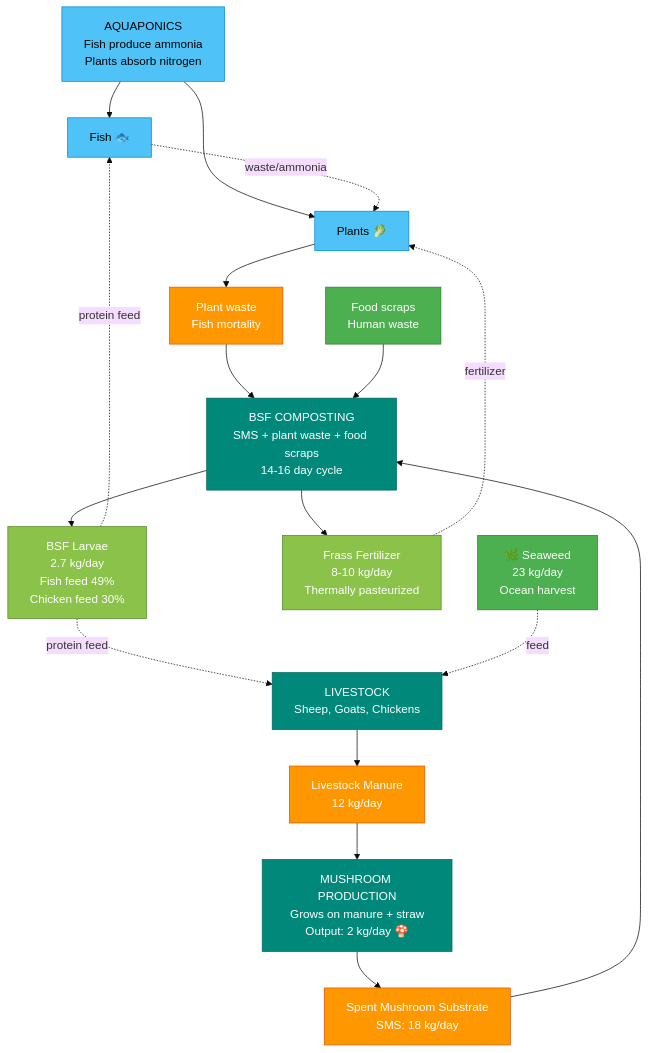
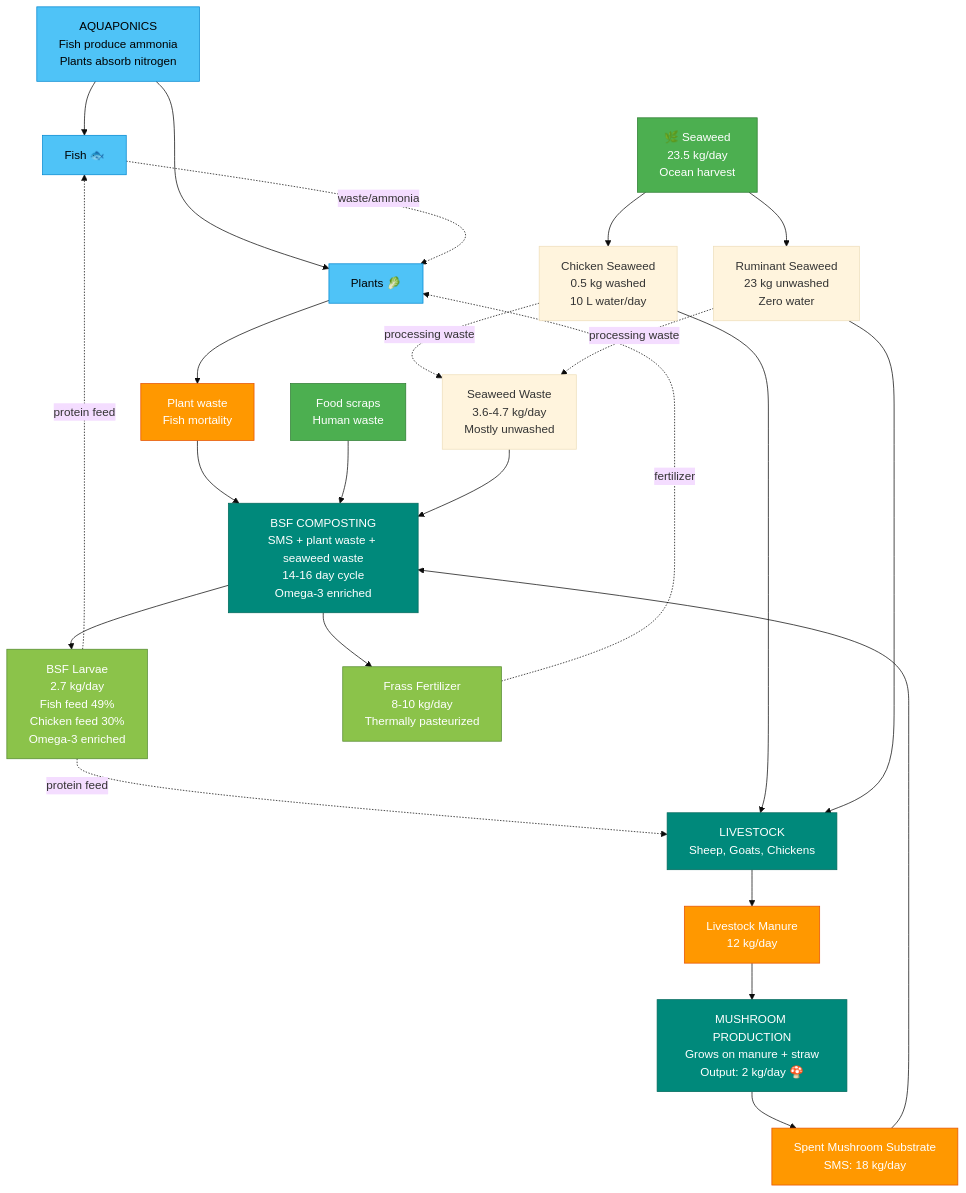
The sixth of 8 diagrams in research/homestead-system-flowchart.md (wadekaple/terraform), drawn with Mermaid before and after one commit. The commit also changed other lines of this file and 6 other files, not shown here.

First line of the commit message:
Adding seaweed to BSF substrate

````diff
--- a/research/homestead-system-flowchart.md
+++ b/research/homestead-system-flowchart.md
@@ -367,69 +374,80 @@
 ```mermaid
 %%{init: {'theme':'base', 'flowchart': {'curve':'basis'}}}%%
 graph TB
     %% Aquaponics
     AQUA[AQUAPONICS<br/>Fish produce ammonia<br/>Plants absorb nitrogen]
     FISH[Fish 🐟]
     PLANTS[Plants 🥬]
 
     %% Waste streams
     PLANT_WASTE[Plant waste<br/>Fish mortality]
     LIVESTOCK[LIVESTOCK<br/>Sheep, Goats, Chickens]
     MANURE[Livestock Manure<br/>12 kg/day]
 
     %% Mushroom production
     MUSHROOM[MUSHROOM PRODUCTION<br/>Grows on manure + straw<br/>Output: 2 kg/day 🍄]
     SMS[Spent Mushroom Substrate<br/>SMS: 18 kg/day]
 
     %% BSF composting
-    BSF[BSF COMPOSTING<br/>SMS + plant waste + food scraps<br/>14-16 day cycle]
-    LARVAE[BSF Larvae<br/>2.7 kg/day<br/>Fish feed 49%<br/>Chicken feed 30%]
+    BSF[BSF COMPOSTING<br/>SMS + plant waste + seaweed waste<br/>14-16 day cycle<br/>Omega-3 enriched]
+    LARVAE[BSF Larvae<br/>2.7 kg/day<br/>Fish feed 49%<br/>Chicken feed 30%<br/>Omega-3 enriched]
     FRASS[Frass Fertilizer<br/>8-10 kg/day<br/>Thermally pasteurized]
 
-    %% External inputs
-    SEAWEED[🌿 Seaweed<br/>23 kg/day<br/>Ocean harvest]
+    %% External inputs and processing
+    SEAWEED[🌿 Seaweed<br/>23.5 kg/day<br/>Ocean harvest]
+    SEAWEED_CHICKEN[Chicken Seaweed<br/>0.5 kg washed<br/>10 L water/day]
+    SEAWEED_RUMINANT[Ruminant Seaweed<br/>23 kg unwashed<br/>Zero water]
+    SEAWEED_WASTE[Seaweed Waste<br/>3.6-4.7 kg/day<br/>Mostly unwashed]
     FOOD_SCRAPS[Food scraps<br/>Human waste]
 
     %% Aquaponics internal loop
     AQUA --> FISH
     AQUA --> PLANTS
     FISH -.waste/ammonia.-> PLANTS
 
     %% From aquaponics
     PLANTS --> PLANT_WASTE
 
     %% Livestock to mushrooms
     LIVESTOCK --> MANURE
     MANURE --> MUSHROOM
 
     %% Mushrooms to BSF
     MUSHROOM --> SMS
     SMS --> BSF
     PLANT_WASTE --> BSF
     FOOD_SCRAPS --> BSF
+    SEAWEED_WASTE --> BSF
 
     %% BSF outputs
     BSF --> LARVAE
     BSF --> FRASS
 
     %% Back to systems
     LARVAE -.protein feed.-> FISH
     LARVAE -.protein feed.-> LIVESTOCK
     FRASS -.fertilizer.-> PLANTS
 
-    %% External feed
-    SEAWEED -.feed.-> LIVESTOCK
+    %% Seaweed processing split
+    SEAWEED --> SEAWEED_CHICKEN
+    SEAWEED --> SEAWEED_RUMINANT
+
+    %% External feed with processing
+    SEAWEED_CHICKEN --> LIVESTOCK
+    SEAWEED_RUMINANT --> LIVESTOCK
+    SEAWEED_CHICKEN -.processing waste.-> SEAWEED_WASTE
+    SEAWEED_RUMINANT -.processing waste.-> SEAWEED_WASTE
 
     %% Styling
     classDef aqua fill:#4fc3f7,stroke:#0288d1,color:#000
     classDef process fill:#00897b,stroke:#00695c,color:#fff
     classDef waste fill:#ff9800,stroke:#e65100,color:#fff
     classDef external fill:#4caf50,stroke:#2e7d32,color:#fff
     classDef output fill:#8bc34a,stroke:#558b2f,color:#fff
 
     class AQUA,FISH,PLANTS aqua
     class MUSHROOM,BSF,LIVESTOCK process
     class PLANT_WASTE,MANURE,SMS waste
     class SEAWEED,FOOD_SCRAPS external
     class LARVAE,FRASS output
 ```
````
